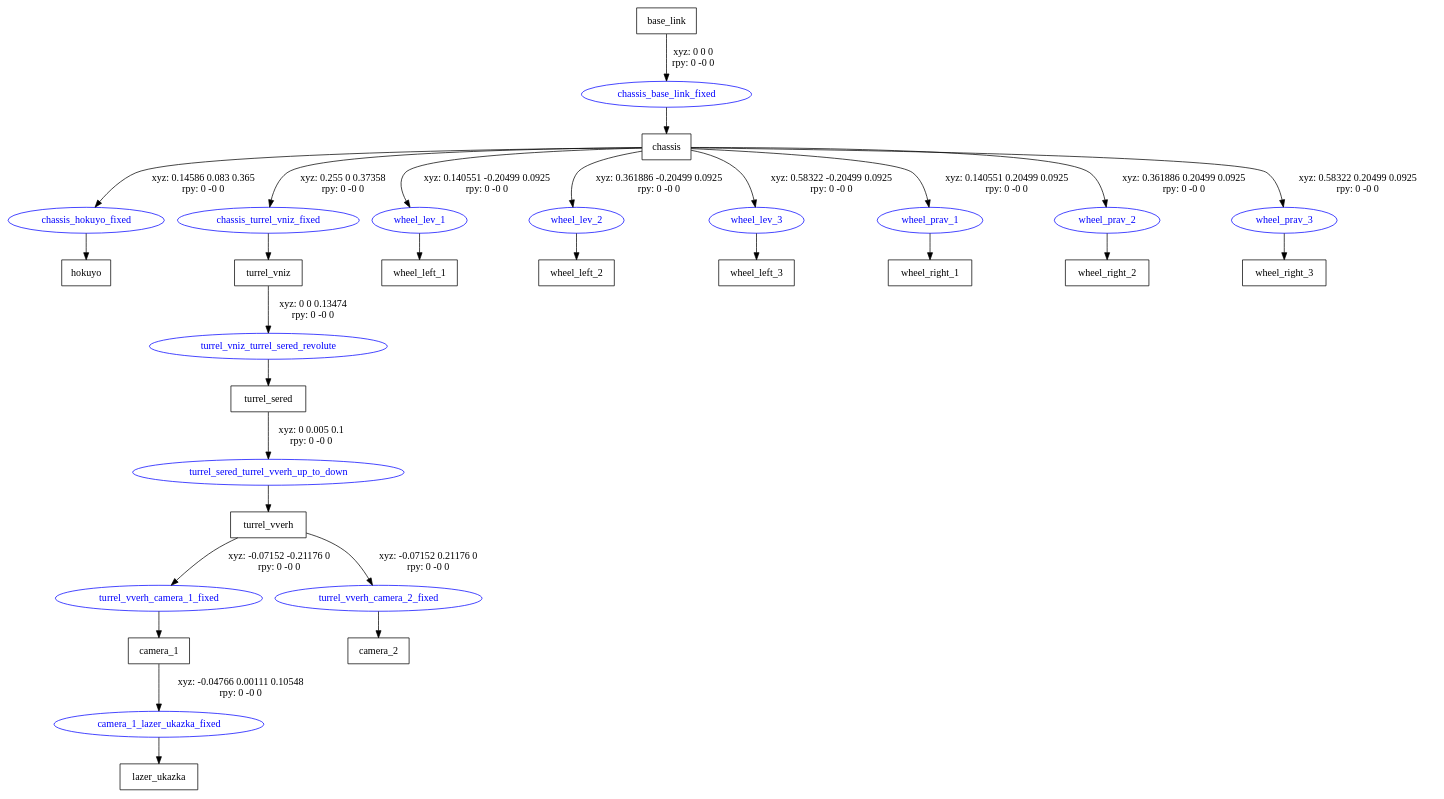
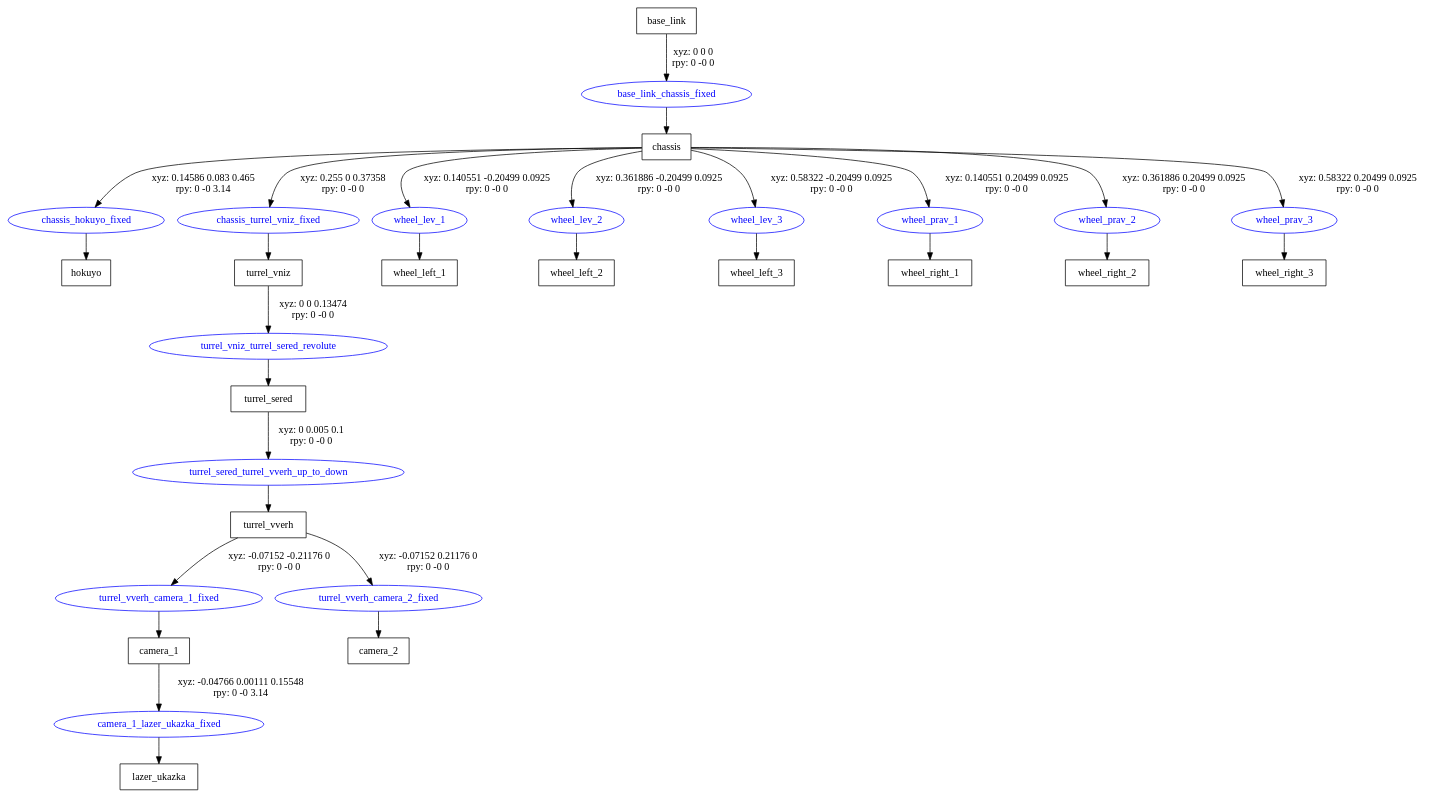
One commit to Lupasic/Plastun-Gazebo-ROS-URL changed the diagram in plastun_description/urdf/MRC_Plastun.gv. Above: the diagram before and after it, drawn with Graphviz. The commit also changed 138 other files, not shown here.

```diff
--- a/plastun_description/urdf/MRC_Plastun.gv
+++ b/plastun_description/urdf/MRC_Plastun.gv
@@ -1,47 +1,47 @@
 digraph G {
 node [shape=box];
 "base_link" [label="base_link"];
 "chassis" [label="chassis"];
 "hokuyo" [label="hokuyo"];
 "turrel_vniz" [label="turrel_vniz"];
 "turrel_sered" [label="turrel_sered"];
 "turrel_vverh" [label="turrel_vverh"];
 "camera_1" [label="camera_1"];
 "lazer_ukazka" [label="lazer_ukazka"];
 "camera_2" [label="camera_2"];
 "wheel_left_1" [label="wheel_left_1"];
 "wheel_left_2" [label="wheel_left_2"];
 "wheel_left_3" [label="wheel_left_3"];
 "wheel_right_1" [label="wheel_right_1"];
 "wheel_right_2" [label="wheel_right_2"];
 "wheel_right_3" [label="wheel_right_3"];
 node [shape=ellipse, color=blue, fontcolor=blue];
-"base_link" -> "chassis_base_link_fixed" [label="xyz: 0 0 0 \nrpy: 0 -0 0"]
-"chassis_base_link_fixed" -> "chassis"
-"chassis" -> "chassis_hokuyo_fixed" [label="xyz: 0.14586 0.083 0.365 \nrpy: 0 -0 0"]
+"base_link" -> "base_link_chassis_fixed" [label="xyz: 0 0 0 \nrpy: 0 -0 0"]
+"base_link_chassis_fixed" -> "chassis"
+"chassis" -> "chassis_hokuyo_fixed" [label="xyz: 0.14586 0.083 0.465 \nrpy: 0 -0 3.14"]
 "chassis_hokuyo_fixed" -> "hokuyo"
 "chassis" -> "chassis_turrel_vniz_fixed" [label="xyz: 0.255 0 0.37358 \nrpy: 0 -0 0"]
 "chassis_turrel_vniz_fixed" -> "turrel_vniz"
 "turrel_vniz" -> "turrel_vniz_turrel_sered_revolute" [label="xyz: 0 0 0.13474 \nrpy: 0 -0 0"]
 "turrel_vniz_turrel_sered_revolute" -> "turrel_sered"
 "turrel_sered" -> "turrel_sered_turrel_vverh_up_to_down" [label="xyz: 0 0.005 0.1 \nrpy: 0 -0 0"]
 "turrel_sered_turrel_vverh_up_to_down" -> "turrel_vverh"
 "turrel_vverh" -> "turrel_vverh_camera_1_fixed" [label="xyz: -0.07152 -0.21176 0 \nrpy: 0 -0 0"]
 "turrel_vverh_camera_1_fixed" -> "camera_1"
-"camera_1" -> "camera_1_lazer_ukazka_fixed" [label="xyz: -0.04766 0.00111 0.10548 \nrpy: 0 -0 0"]
+"camera_1" -> "camera_1_lazer_ukazka_fixed" [label="xyz: -0.04766 0.00111 0.15548 \nrpy: 0 -0 3.14"]
 "camera_1_lazer_ukazka_fixed" -> "lazer_ukazka"
 "turrel_vverh" -> "turrel_vverh_camera_2_fixed" [label="xyz: -0.07152 0.21176 0 \nrpy: 0 -0 0"]
 "turrel_vverh_camera_2_fixed" -> "camera_2"
 "chassis" -> "wheel_lev_1" [label="xyz: 0.140551 -0.20499 0.0925 \nrpy: 0 -0 0"]
 "wheel_lev_1" -> "wheel_left_1"
 "chassis" -> "wheel_lev_2" [label="xyz: 0.361886 -0.20499 0.0925 \nrpy: 0 -0 0"]
 "wheel_lev_2" -> "wheel_left_2"
 "chassis" -> "wheel_lev_3" [label="xyz: 0.58322 -0.20499 0.0925 \nrpy: 0 -0 0"]
 "wheel_lev_3" -> "wheel_left_3"
 "chassis" -> "wheel_prav_1" [label="xyz: 0.140551 0.20499 0.0925 \nrpy: 0 -0 0"]
 "wheel_prav_1" -> "wheel_right_1"
 "chassis" -> "wheel_prav_2" [label="xyz: 0.361886 0.20499 0.0925 \nrpy: 0 -0 0"]
 "wheel_prav_2" -> "wheel_right_2"
 "chassis" -> "wheel_prav_3" [label="xyz: 0.58322 0.20499 0.0925 \nrpy: 0 -0 0"]
 "wheel_prav_3" -> "wheel_right_3"
 }
```
